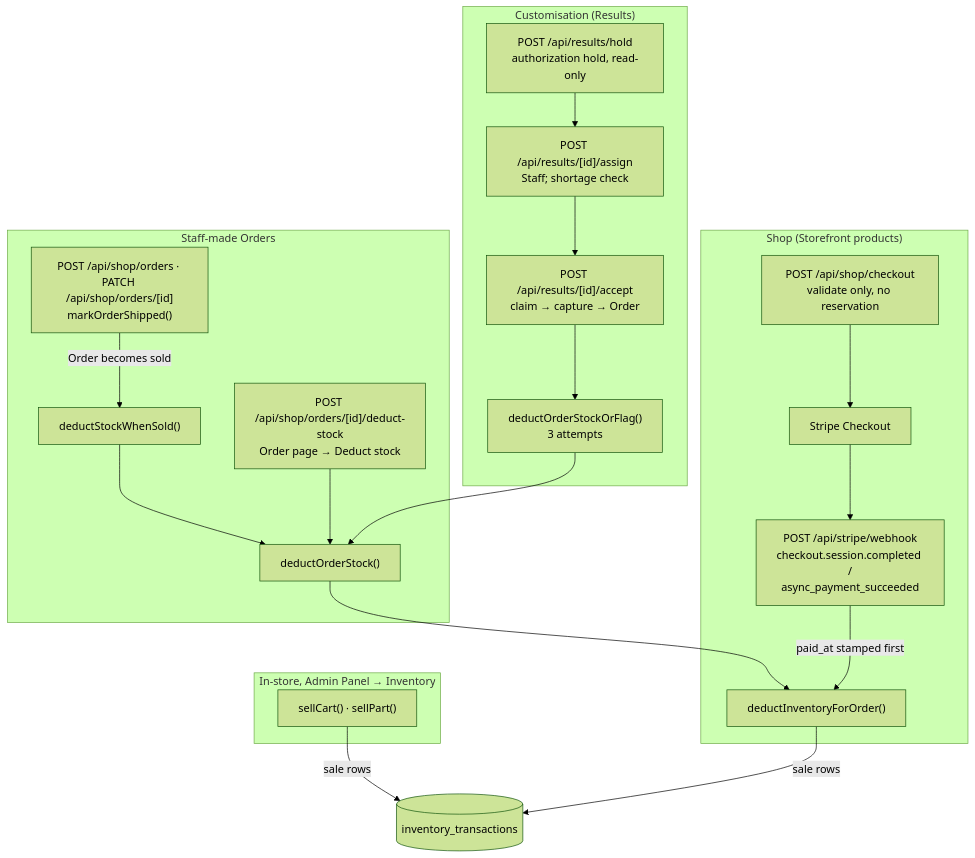
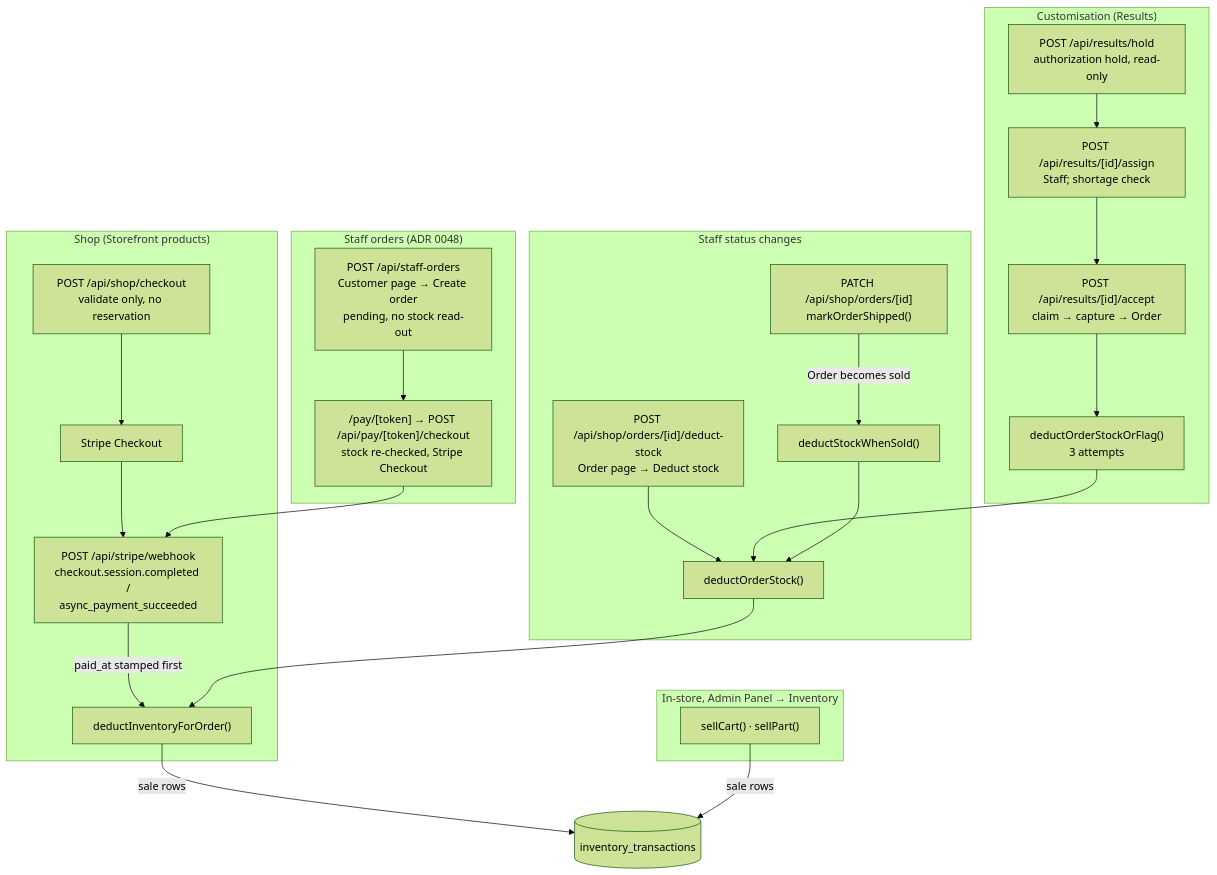
The diagram in docs/data-flows/purchases-to-inventory.md (ivanyeors/mp), drawn with Mermaid (forest theme) before and after one commit. The commit also changed other lines of this file and 56 other files, not shown here.

````diff
--- a/docs/data-flows/purchases-to-inventory.md
+++ b/docs/data-flows/purchases-to-inventory.md
@@ -13,25 +13,29 @@
 ```mermaid
 flowchart TD
   subgraph shop["Shop (Storefront products)"]
     co["POST /api/shop/checkout<br/>validate only, no reservation"] --> stripe["Stripe Checkout"]
     stripe --> wh["POST /api/stripe/webhook<br/>checkout.session.completed /<br/>async_payment_succeeded"]
     wh -->|"paid_at stamped first"| did["deductInventoryForOrder()"]
   end
   subgraph results["Customisation (Results)"]
     hold["POST /api/results/hold<br/>authorization hold, read-only"] --> assign["POST /api/results/[id]/assign<br/>Staff; shortage check"]
     assign --> accept["POST /api/results/[id]/accept<br/>claim → capture → Order"]
     accept --> dos["deductOrderStockOrFlag()<br/>3 attempts"]
   end
-  subgraph staff["Staff-made Orders"]
-    mk["POST /api/shop/orders · PATCH /api/shop/orders/[id]<br/>markOrderShipped()"] -->|"Order becomes sold"| dws["deductStockWhenSold()"]
+  subgraph staffo["Staff orders (ADR 0048)"]
+    so["POST /api/staff-orders<br/>Customer page → Create order<br/>pending, no stock read-out"] --> pl["/pay/[token] → POST /api/pay/[token]/checkout<br/>stock re-checked, Stripe Checkout"]
+    pl --> wh
+  end
+  subgraph staff["Staff status changes"]
+    mk["PATCH /api/shop/orders/[id]<br/>markOrderShipped()"] -->|"Order becomes sold"| dws["deductStockWhenSold()"]
     btn["POST /api/shop/orders/[id]/deduct-stock<br/>Order page → Deduct stock"] --> dst["deductOrderStock()"]
   end
   subgraph manual["In-store, Admin Panel → Inventory"]
     cart["sellCart() · sellPart()"]
   end
   dos --> dst
   dws --> dst
   dst --> did
   did -->|"sale rows"| tx[(inventory_transactions)]
   cart -->|"sale rows"| tx
 ```
````
